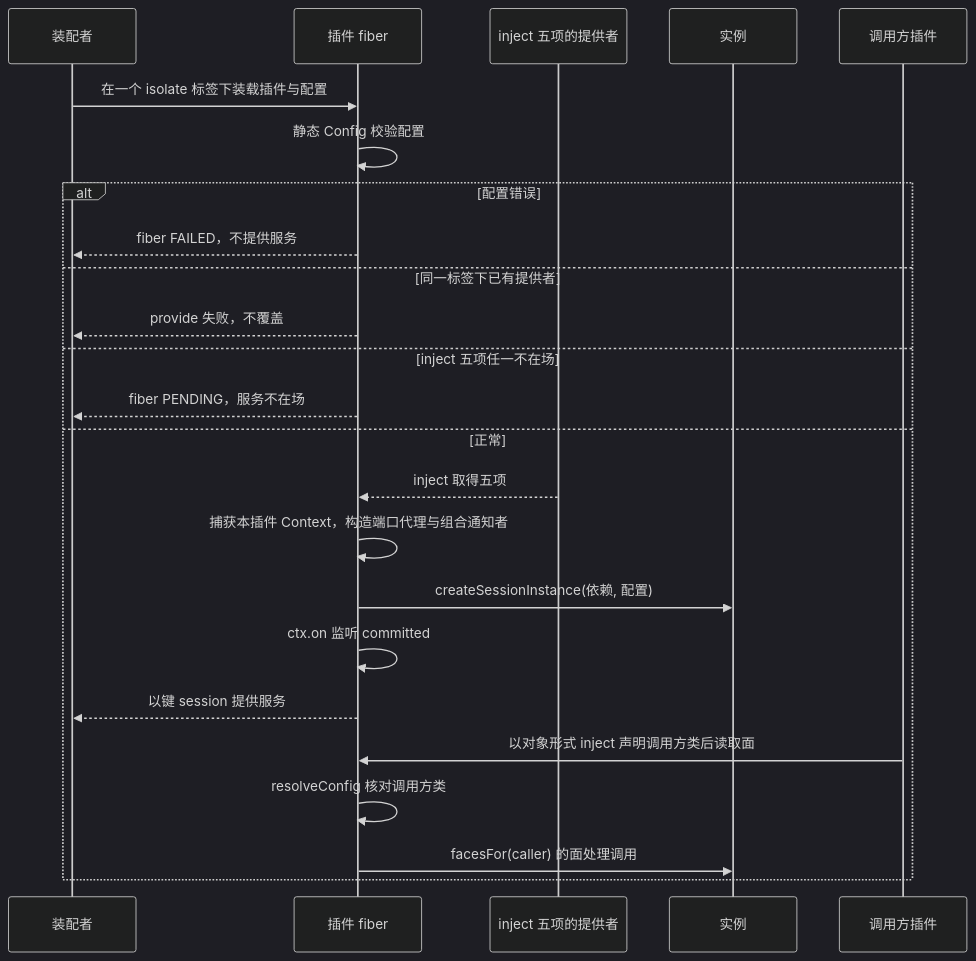
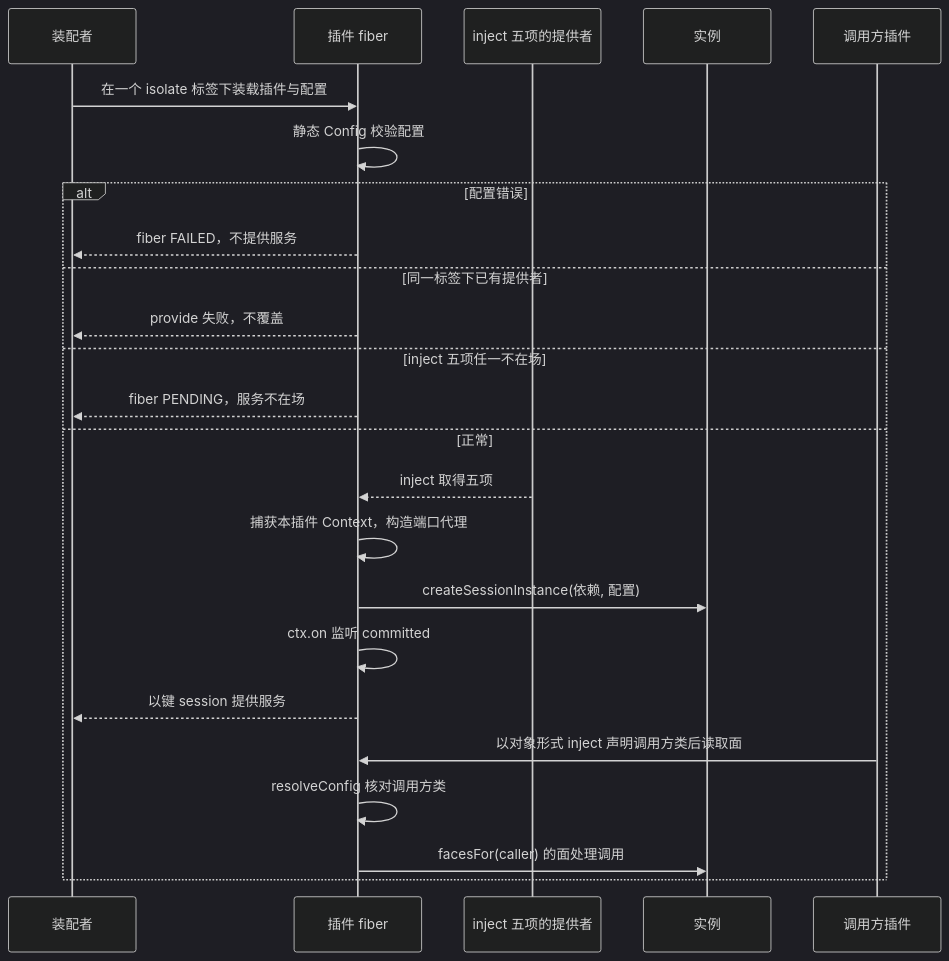
The first of 4 diagrams in packages/session/session-cordis/docs/flows.md (nemori-ai/omne-harness-lite), drawn with Mermaid (dark theme) before and after one commit. The commit also changed other lines of this file and 36 other files, not shown here.

````diff
--- a/packages/session/session-cordis/docs/flows.md
+++ b/packages/session/session-cordis/docs/flows.md
@@ -15,26 +15,26 @@
 ```mermaid
 sequenceDiagram
   participant A as 装配者
   participant F as 插件 fiber
   participant T as inject 五项的提供者
   participant I as 实例
   participant L as 调用方插件
   A->>F: 在一个 isolate 标签下装载插件与配置
   F->>F: 静态 Config 校验配置
   alt 配置错误
     F-->>A: fiber FAILED，不提供服务
   else 同一标签下已有提供者
     F-->>A: provide 失败，不覆盖
   else inject 五项任一不在场
     F-->>A: fiber PENDING，服务不在场
   else 正常
     T-->>F: inject 取得五项
-    F->>F: 捕获本插件 Context，构造端口代理与组合通知者
+    F->>F: 捕获本插件 Context，构造端口代理
     F->>I: createSessionInstance(依赖, 配置)
     F->>F: ctx.on 监听 committed
     F-->>A: 以键 session 提供服务
     L->>F: 以对象形式 inject 声明调用方类后读取面
     F->>F: resolveConfig 核对调用方类
     F->>I: facesFor(caller) 的面处理调用
   end
 ```
````
